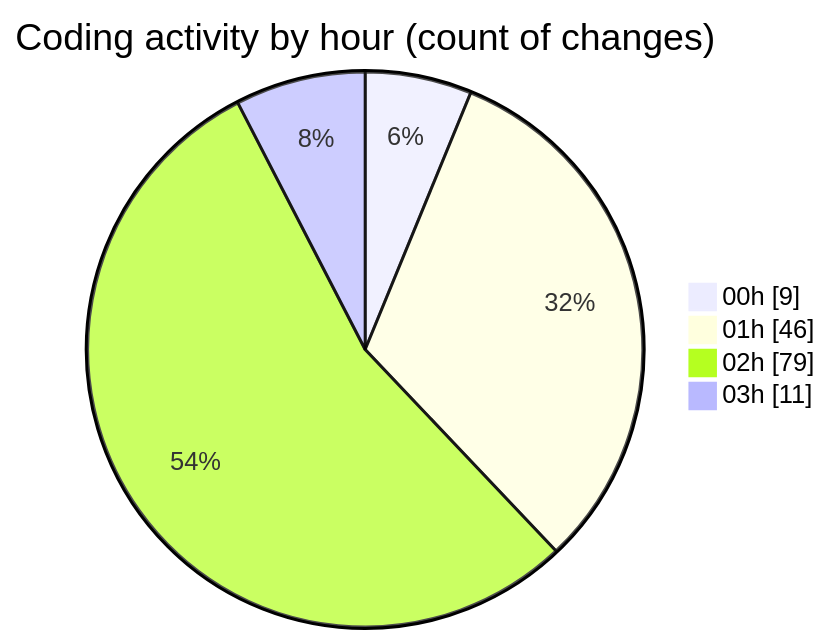
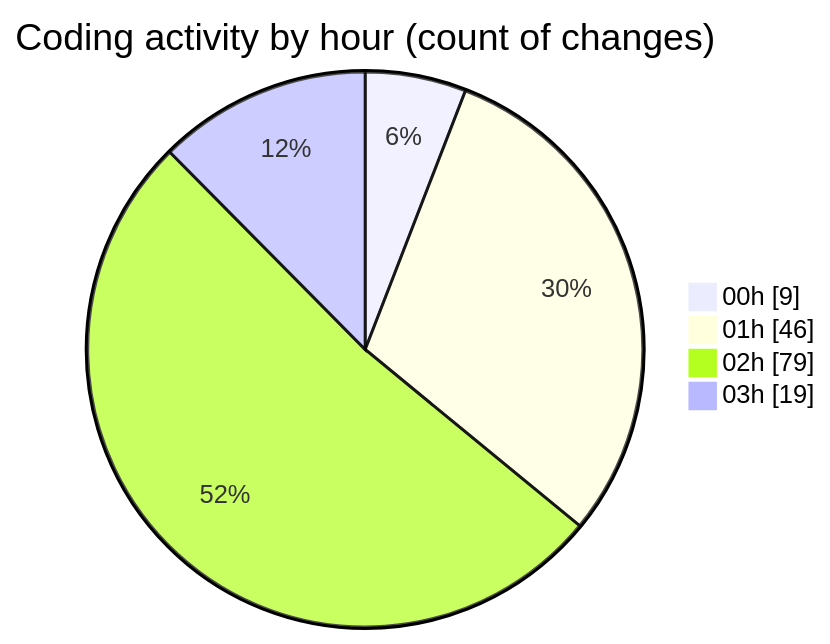
One commit to julien-gomy/code-tracking changed the second of 2 diagrams in 2025-11-18/eventscop-frontend-guide__workspace_/README.md. Above: the diagram before and after it, drawn with Mermaid. The commit also changed other lines of this file and 1 other file, not shown here.

````diff
--- a/2025-11-18/eventscop-frontend-guide__workspace_/README.md
+++ b/2025-11-18/eventscop-frontend-guide__workspace_/README.md
@@ -60,8 +63,8 @@
 ```mermaid
 pie showData
 title Coding activity by hour (count of changes)
 "00h" : 9
 "01h" : 46
 "02h" : 79
-"03h" : 11
+"03h" : 19
 ```
````
